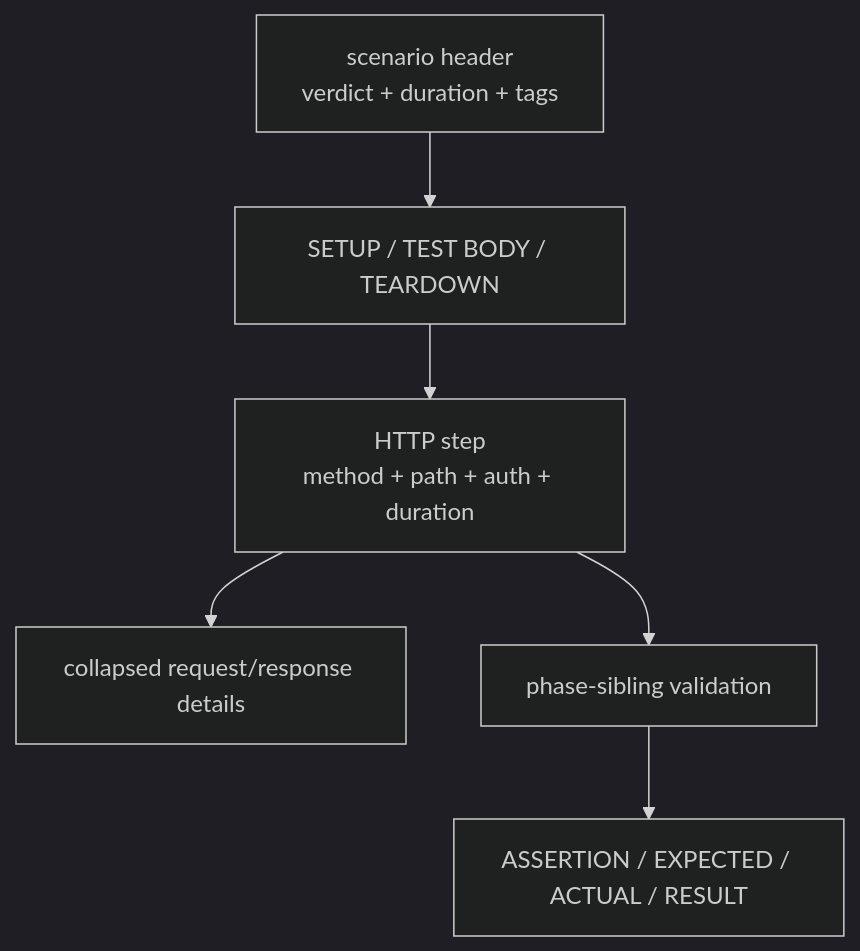
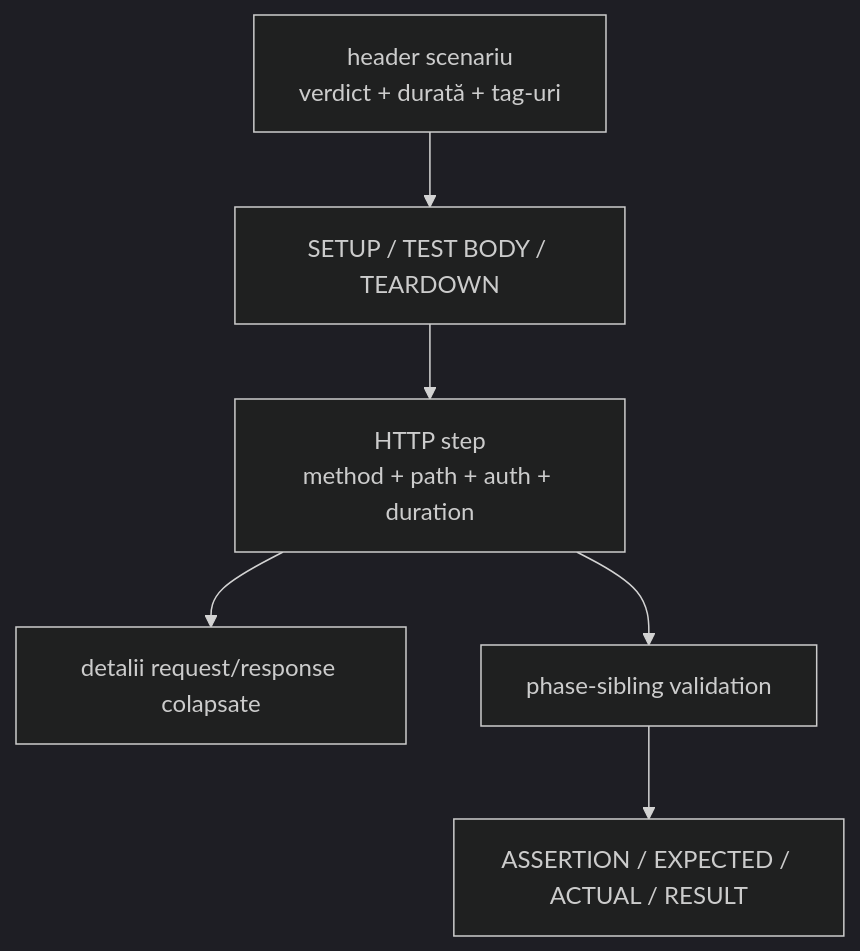
One commit to crististefanita/CS1 changed the third of 4 diagrams in Atf.Api/README.md. Above: the diagram before and after it, drawn with Mermaid (dark theme). The commit also changed other lines of this file and 28 other files, not shown here.

````diff
--- a/Atf.Api/README.md
+++ b/Atf.Api/README.md
@@ -389,9 +400,9 @@
 ```mermaid
 flowchart TD
-    Test[scenario header\nverdict + duration + tags]
+    Test[header scenariu\nverdict + durată + tag-uri]
     Test --> Phase[SETUP / TEST BODY / TEARDOWN]
     Phase --> Exchange[HTTP step\nmethod + path + auth + duration]
-    Exchange --> Details[collapsed request/response details]
+    Exchange --> Details[detalii request/response colapsate]
     Exchange --> Validation[phase-sibling validation]
     Validation --> Table["ASSERTION / EXPECTED / ACTUAL / RESULT"]
 ```
````
